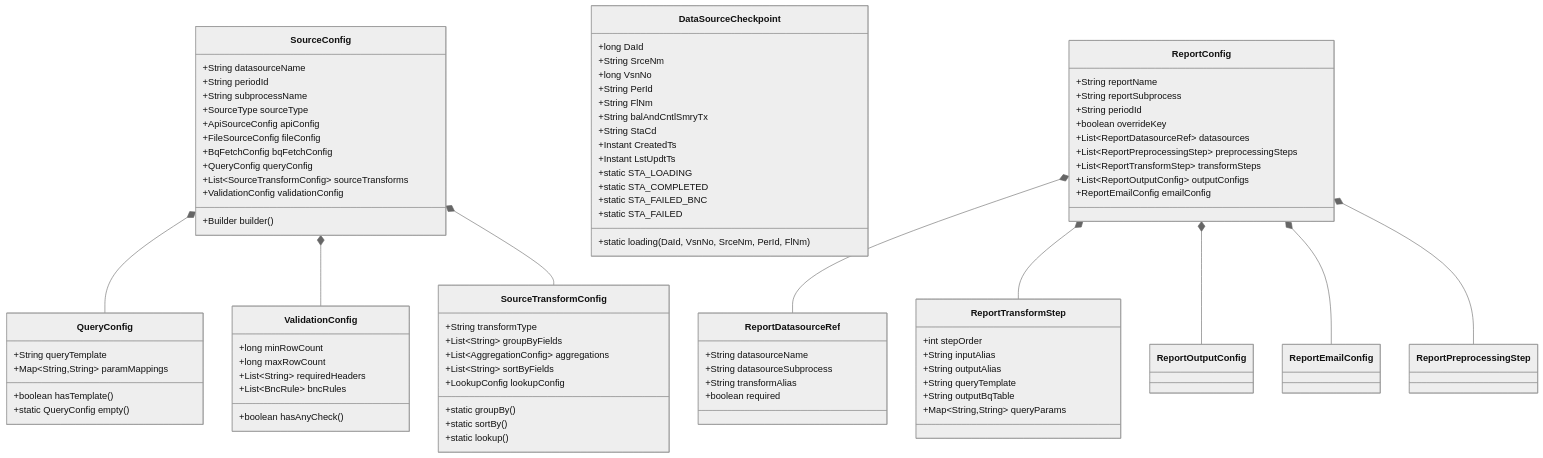
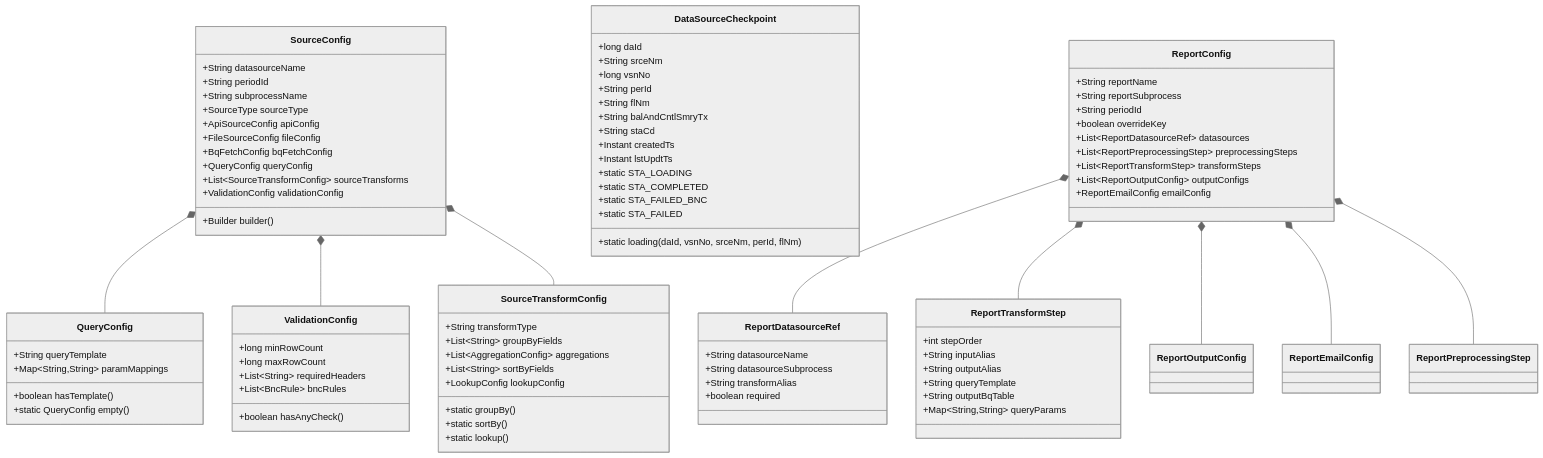
One commit to tushark-16bit/beam_framework changed the tenth of 13 diagrams in WALKTHROUGH.md. Above: the diagram before and after it, drawn with Mermaid (neutral theme). The commit also changed other lines of this file and 17 other files, not shown here.

```diff
--- a/WALKTHROUGH.md
+++ b/WALKTHROUGH.md
@@ -471,20 +471,20 @@
     }
 
     class DataSourceCheckpoint {
-        +long DaId
-        +String SrceNm
-        +long VsnNo
-        +String PerId
-        +String FlNm
+        +long daId
+        +String srceNm
+        +long vsnNo
+        +String perId
+        +String flNm
         +String balAndCntlSmryTx
-        +String StaCd
-        +Instant CreatedTs
-        +Instant LstUpdtTs
+        +String staCd
+        +Instant createdTs
+        +Instant lstUpdtTs
         +static STA_LOADING
         +static STA_COMPLETED
         +static STA_FAILED_BNC
         +static STA_FAILED
-        +static loading(DaId, VsnNo, SrceNm, PerId, FlNm)
+        +static loading(daId, vsnNo, srceNm, perId, flNm)
     }
 
     class ReportConfig {
```
